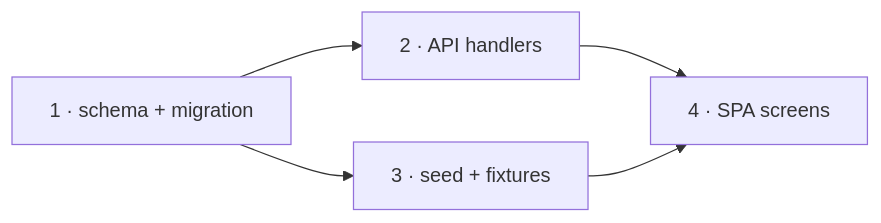
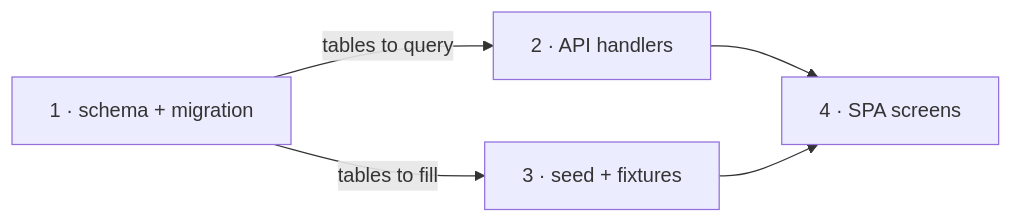
Diagram 12 of 12 in skills/write-diagrams/diagrams.md (Ovich/charrette), drawn with Mermaid before and after one commit. The commit also changed other lines of this file and 2 other files, not shown here.

Commit message:
release: v2.1.1, the catalogue's ER diagram parses, and every frontmatter is valid YAML
write-diagrams' diagrams.md: `CLASS` is a keyword of erDiagram in the mermaid the viewer
and GitHub run, so the example failed to render; the entity is COURSE. The phasing
example's fork carries its labels, as the discipline it illustrates asks. Ships the three
quoted descriptions of e772287.

````diff
--- a/skills/write-diagrams/diagrams.md
+++ b/skills/write-diagrams/diagrams.md
@@ -280,7 +280,7 @@
 ```mermaid
 flowchart LR
-    p1["1 · schema + migration"] --> p2["2 · API handlers"]
-    p1 --> p3["3 · seed + fixtures"]
+    p1["1 · schema + migration"] -->|tables to query| p2["2 · API handlers"]
+    p1 -->|tables to fill| p3["3 · seed + fixtures"]
     p2 --> p4["4 · SPA screens"]
     p3 --> p4
 ```
````
